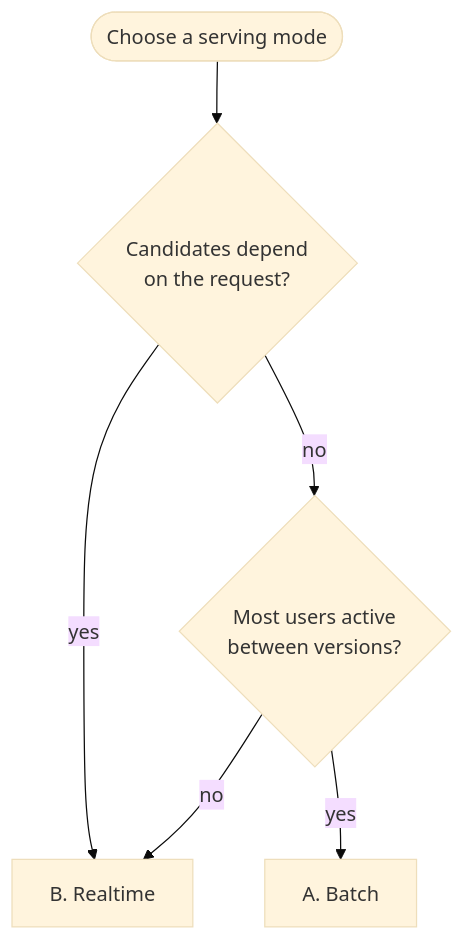
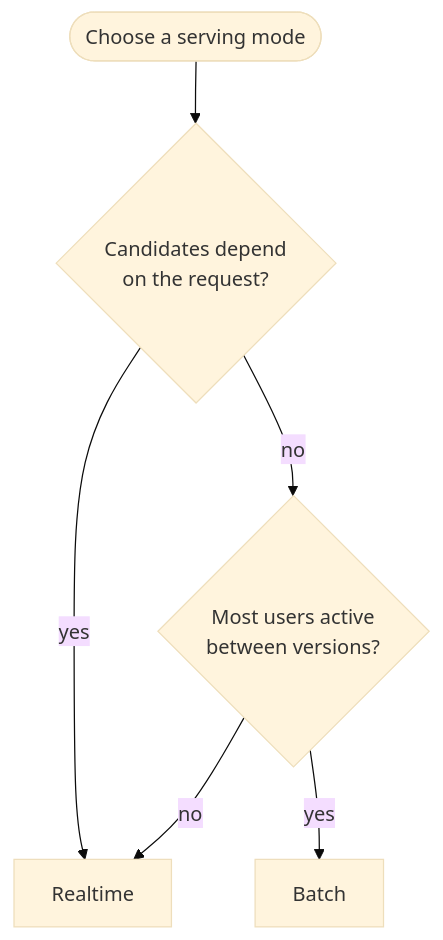
One commit to mrk-andreev/skrecsys changed the third of 7 diagrams in README.md. Above: the diagram before and after it, drawn with Mermaid (base theme). The commit also changed other lines of this file and 212 other files, not shown here.

````diff
--- a/README.md
+++ b/README.md
@@ -303,8 +899,8 @@
 ```mermaid
 flowchart TD
     start(["Choose a serving mode"]) --> percand{"Candidates depend<br/>on the request?"}
-    percand -->|yes| realtime["B. Realtime"]
+    percand -->|yes| realtime["Realtime"]
     percand -->|no| active{"Most users active<br/>between versions?"}
-    active -->|yes| batch["A. Batch"]
+    active -->|yes| batch["Batch"]
     active -->|no| realtime
 ```
````
